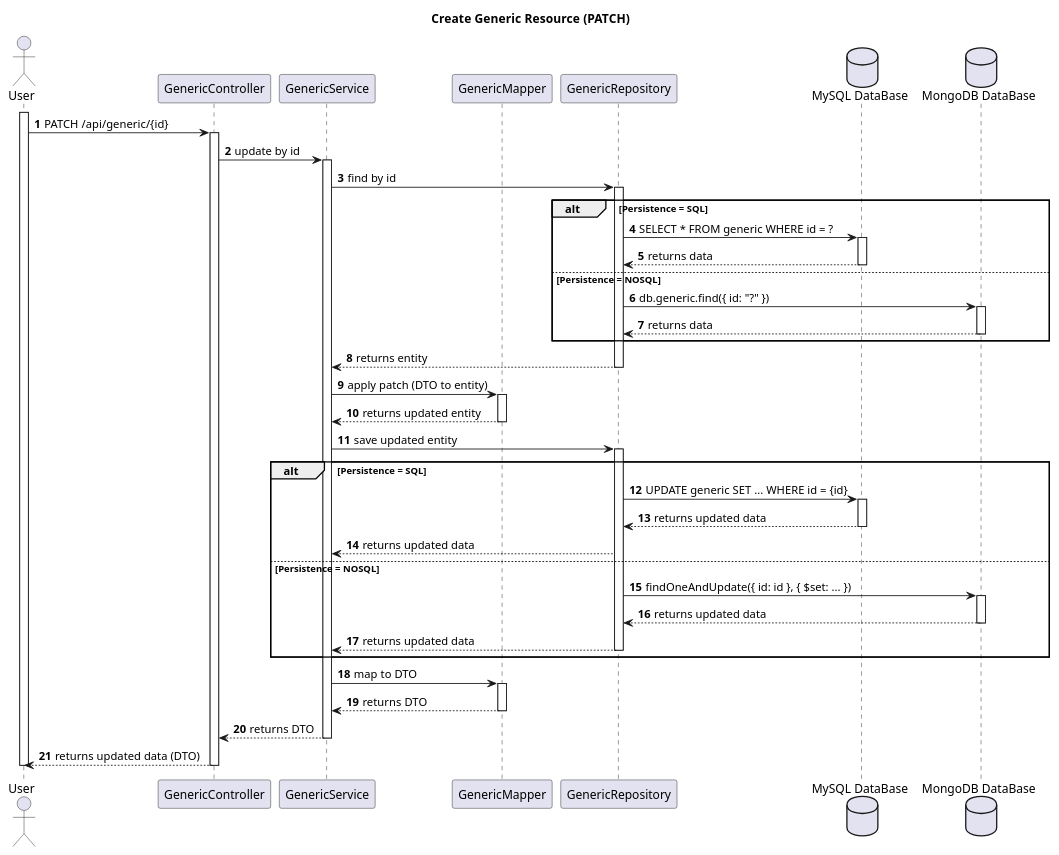
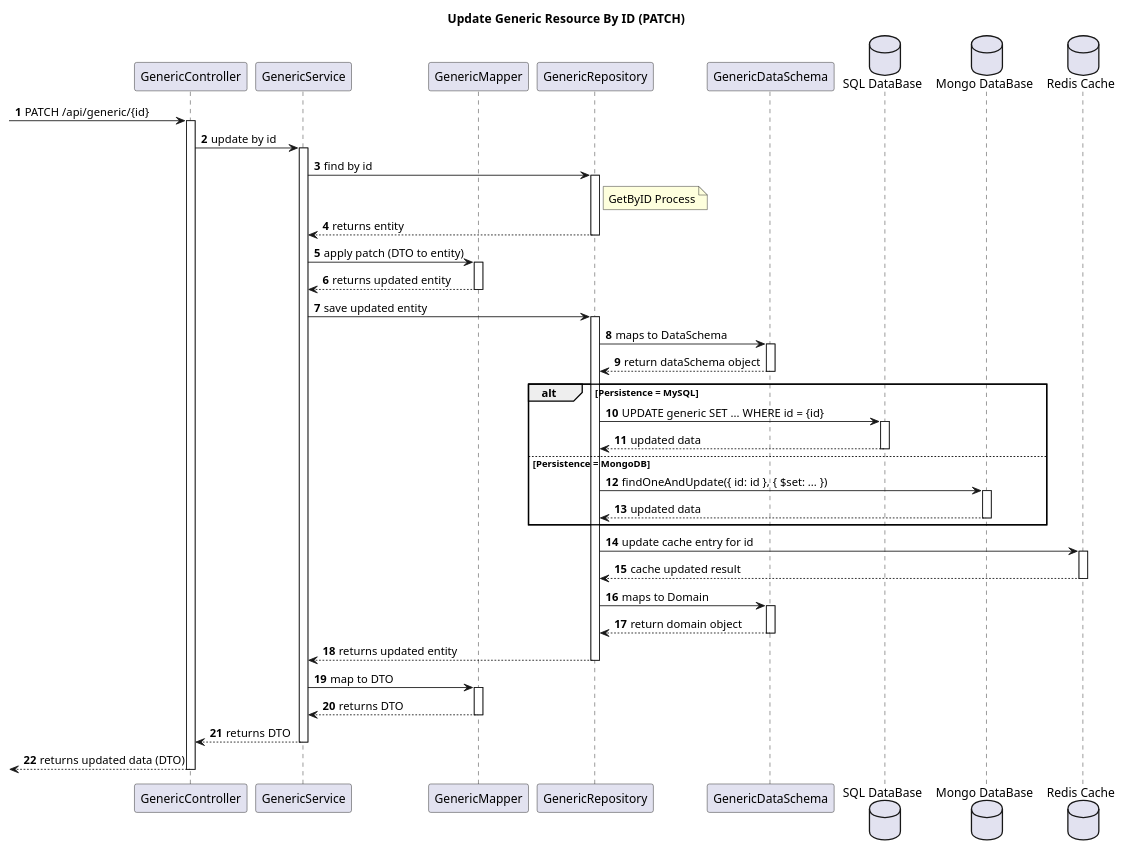
One commit to rutemf/1220944_1220772_G01 changed the diagram in Docs/System-To-Be/level3/genericSequenceDiagrams/patch_sd.puml. Above: the diagram before and after it, drawn with PlantUML. The commit also changed 7 other files, not shown here.

```diff
--- a/Docs/System-To-Be/level3/genericSequenceDiagrams/patch_sd.puml
+++ b/Docs/System-To-Be/level3/genericSequenceDiagrams/patch_sd.puml
@@ -1,84 +1,90 @@
 @startuml
 
 autonumber
-title Create Generic Resource (PATCH)
 
-actor "User" as User
+title Update Generic Resource By ID (PATCH)
+
 participant "GenericController" as Controller
 participant "GenericService" as Service
 participant "GenericMapper" as Mapper
 participant "GenericRepository" as Repo
-database "MySQL DataBase" as SQL
-database "MongoDB DataBase" as NOSQL
+participant "GenericDataSchema" as DataSchema
+database "SQL DataBase" as MYSQL
+database "Mongo DataBase" as MONGO
+database "Redis Cache" as REDIS
 
-activate User
-
-User -> Controller: PATCH /api/generic/{id}
+-> Controller: PATCH /api/generic/{id}
 activate Controller
 
     Controller -> Service: update by id
     activate Service
 
         Service -> Repo: find by id
         activate Repo
 
-        alt Persistence = SQL
-            Repo -> SQL: SELECT * FROM generic WHERE id = ?
-            activate SQL
-                SQL --> Repo: returns data
-            deactivate SQL
+            note right of Repo: GetByID Process
 
-        else Persistence = NOSQL
-            Repo -> NOSQL: db.generic.find({ id: "?" })
-            activate NOSQL
-                NOSQL --> Repo: returns data
-            deactivate NOSQL
-        end
-
-        Repo --> Service: returns entity
+            Repo --> Service: returns entity
         deactivate Repo
 
         Service -> Mapper: apply patch (DTO to entity)
         activate Mapper
+
             Mapper --> Service: returns updated entity
         deactivate Mapper
 
         Service -> Repo: save updated entity
         activate Repo
 
-        alt Persistence = SQL
-            Repo -> SQL: UPDATE generic SET ... WHERE id = {id}
-            activate SQL
+            Repo -> DataSchema: maps to DataSchema
+            activate DataSchema
 
-                SQL --> Repo: returns updated data
-            deactivate SQL
+                DataSchema --> Repo: return dataSchema object
+            deactivate DataSchema
 
-            Repo --> Service: returns updated data
+            alt Persistence = MySQL
 
-        else Persistence = NOSQL
+            Repo -> MYSQL: UPDATE generic SET ... WHERE id = {id}
+            activate MYSQL
 
-            Repo -> NOSQL: findOneAndUpdate({ id: id }, { $set: ... })
-            activate NOSQL
+                MYSQL --> Repo: updated data
+            deactivate MYSQL
 
-                NOSQL --> Repo: returns updated data
-            deactivate NOSQL
+            else Persistence = MongoDB
 
-            Repo --> Service: returns updated data
-            deactivate Repo
-        end
+            Repo -> MONGO: findOneAndUpdate({ id: id }, { $set: ... })
+            activate MONGO
+
+                MONGO --> Repo: updated data
+            deactivate MONGO
+
+            end
+
+            Repo -> REDIS: update cache entry for id
+            activate REDIS
+
+                REDIS --> Repo: cache updated result
+            deactivate REDIS
+
+            Repo -> DataSchema: maps to Domain
+            activate DataSchema
+
+                DataSchema --> Repo: return domain object
+            deactivate DataSchema
+
+            Repo --> Service: returns updated entity
+        deactivate Repo
 
         Service -> Mapper: map to DTO
         activate Mapper
 
             Mapper --> Service: returns DTO
         deactivate Mapper
 
         Service --> Controller: returns DTO
     deactivate Service
 
-Controller --> User: returns updated data (DTO)
+<-- Controller: returns updated data (DTO)
 deactivate Controller
 
-deactivate User
-
 @enduml
```
